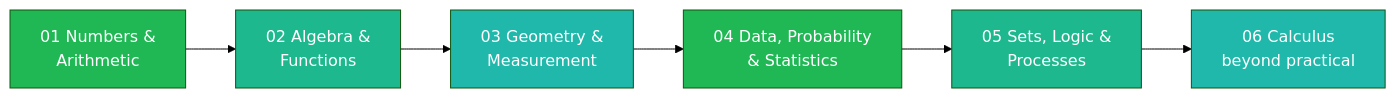
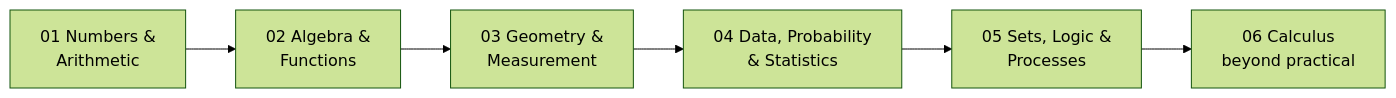
Before and after one commit to oat431/general-knowledge: the diagram in Mathematics/Cheat_Sheet/00_Index.md, drawn with Mermaid (forest theme). The commit also changed 9 other files, not shown here.

````diff
--- a/Mathematics/Cheat_Sheet/00_Index.md
+++ b/Mathematics/Cheat_Sheet/00_Index.md
@@ -23,15 +23,15 @@
 ```mermaid
 flowchart LR
     A["01 Numbers &<br/>Arithmetic"] --> B["02 Algebra &<br/>Functions"]
     B --> C["03 Geometry &<br/>Measurement"]
     C --> D["04 Data, Probability<br/>& Statistics"]
     D --> E["05 Sets, Logic &<br/>Processes"]
     E --> F["06 Calculus<br/>beyond practical"]
 
-    style A fill:#1FB854,color:#fff
-    style B fill:#1EB88E,color:#fff
-    style C fill:#1FB8AB,color:#fff
-    style D fill:#1FB854,color:#fff
-    style E fill:#1EB88E,color:#fff
-    style F fill:#1FB8AB,color:#fff
+    style A fill:#1FB854#000000
+    style B fill:#1EB88E#000C07
+    style C fill:#1FB8AB#010C0B
+    style D fill:#1FB854#000000
+    style E fill:#1EB88E#000C07
+    style F fill:#1FB8AB#010C0B
 ```
````
